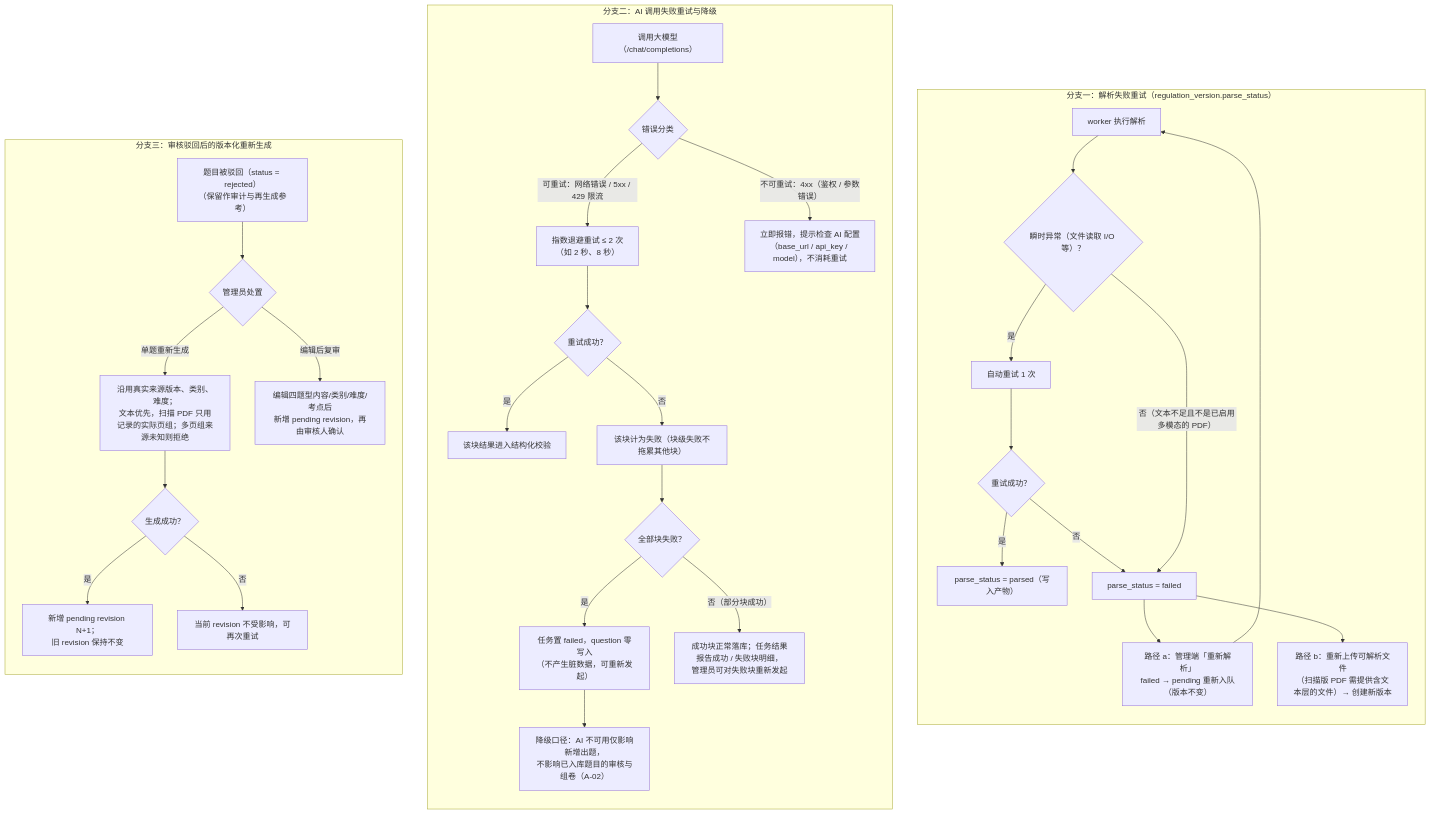
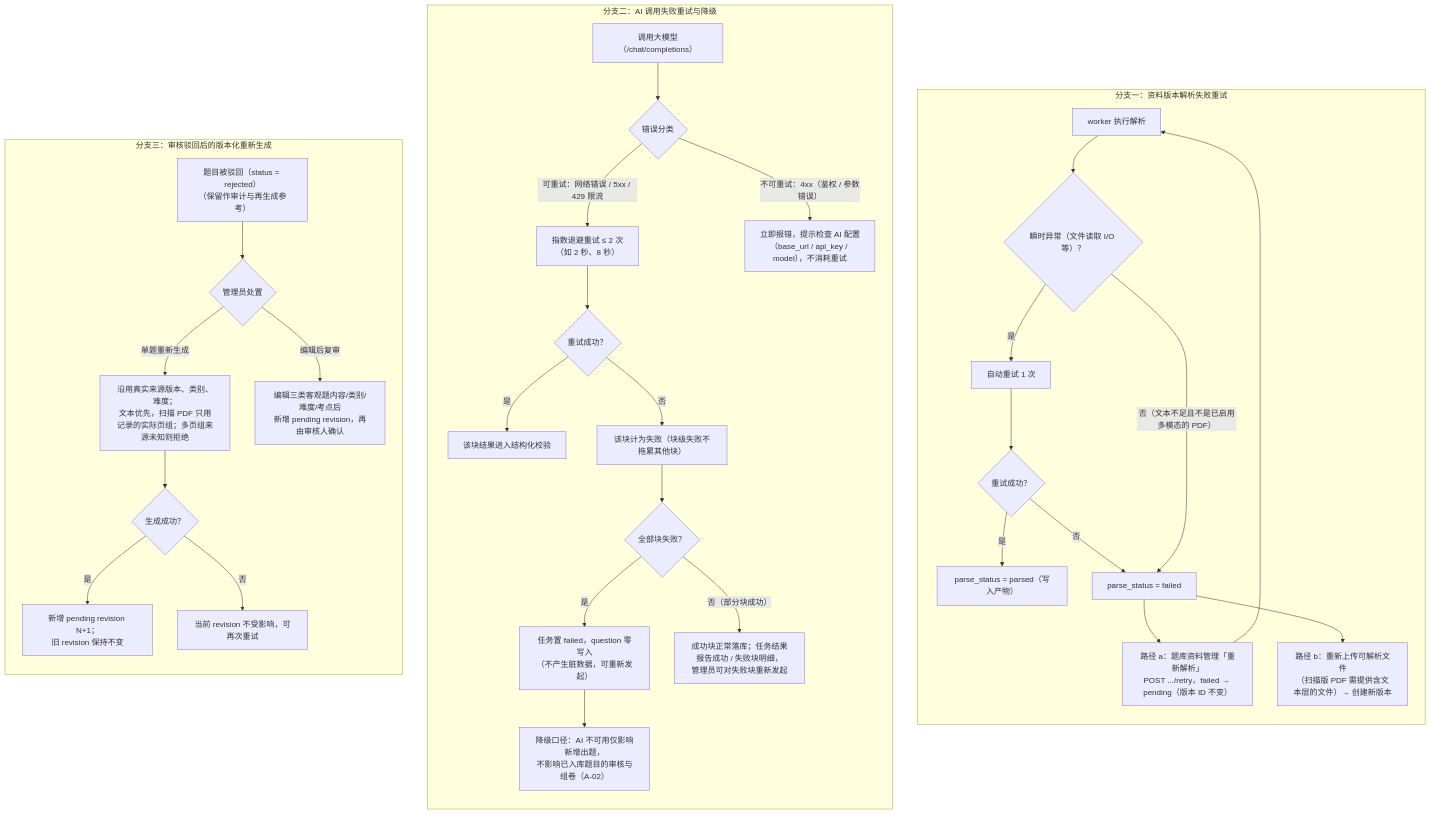
Before and after one commit to caoguanjie/emodor-exam: the sixth of 23 diagrams in docs/design/06-关键流程.md, drawn with Mermaid. The commit also changed other lines of this file and 181 other files, not shown here.

````diff
--- a/docs/design/06-关键流程.md
+++ b/docs/design/06-关键流程.md
@@ -361,39 +365,39 @@
 ```mermaid
 flowchart TB
-    subgraph EXA["分支一：解析失败重试（regulation_version.parse_status）"]
+    subgraph EXA["分支一：资料版本解析失败重试"]
         direction TB
         X1["worker 执行解析"] --> X2{"瞬时异常（文件读取 I/O 等）？"}
         X2 -->|"是"| X3["自动重试 1 次"]
         X3 --> X4{"重试成功？"}
         X4 -->|"是"| X5["parse_status = parsed（写入产物）"]
         X4 -->|"否"| X6["parse_status = failed"]
         X2 -->|"否（文本不足且不是已启用多模态的 PDF）"| X6
-        X6 --> X7["路径 a：管理端「重新解析」<br/>failed → pending 重新入队（版本不变）"]
+        X6 --> X7["路径 a：题库资料管理「重新解析」<br/>POST .../retry，failed → pending（版本 ID 不变）"]
         X6 --> X8["路径 b：重新上传可解析文件<br/>（扫描版 PDF 需提供含文本层的文件）→ 创建新版本"]
         X7 --> X1
     end
 
     subgraph EXB["分支二：AI 调用失败重试与降级"]
         direction TB
         Y1["调用大模型（/chat/completions）"] --> Y2{"错误分类"}
         Y2 -->|"可重试：网络错误 / 5xx / 429 限流"| Y3["指数退避重试 ≤ 2 次<br/>（如 2 秒、8 秒）"]
         Y3 --> Y4{"重试成功？"}
         Y4 -->|"是"| Y5["该块结果进入结构化校验"]
         Y4 -->|"否"| Y6["该块计为失败（块级失败不拖累其他块）"]
         Y2 -->|"不可重试：4xx（鉴权 / 参数错误）"| Y7["立即报错，提示检查 AI 配置<br/>（base_url / api_key / model），不消耗重试"]
         Y6 --> Y8{"全部块失败？"}
         Y8 -->|"是"| Y9["任务置 failed，question 零写入<br/>（不产生脏数据，可重新发起）"]
         Y8 -->|"否（部分块成功）"| Y10["成功块正常落库；任务结果报告成功 / 失败块明细，<br/>管理员可对失败块重新发起"]
         Y9 --> Y11["降级口径：AI 不可用仅影响新增出题，<br/>不影响已入库题目的审核与组卷（A-02）"]
     end
 
     subgraph EXC["分支三：审核驳回后的版本化重新生成"]
         direction TB
         Z1["题目被驳回（status = rejected）<br/>（保留作审计与再生成参考）"] --> Z2{"管理员处置"}
         Z2 -->|"单题重新生成"| Z3["沿用真实来源版本、类别、难度；<br/>文本优先，扫描 PDF 只用记录的实际页组；多页组来源未知则拒绝"]
         Z3 --> Z4{"生成成功？"}
         Z4 -->|"是"| Z5["新增 pending revision N+1；<br/>旧 revision 保持不变"]
         Z4 -->|"否"| Z6["当前 revision 不受影响，可再次重试"]
-        Z2 -->|"编辑后复审"| Z7["编辑四题型内容/类别/难度/考点后<br/>新增 pending revision，再由审核人确认"]
+        Z2 -->|"编辑后复审"| Z7["编辑三类客观题内容/类别/难度/考点后<br/>新增 pending revision，再由审核人确认"]
     end
 ```
````
